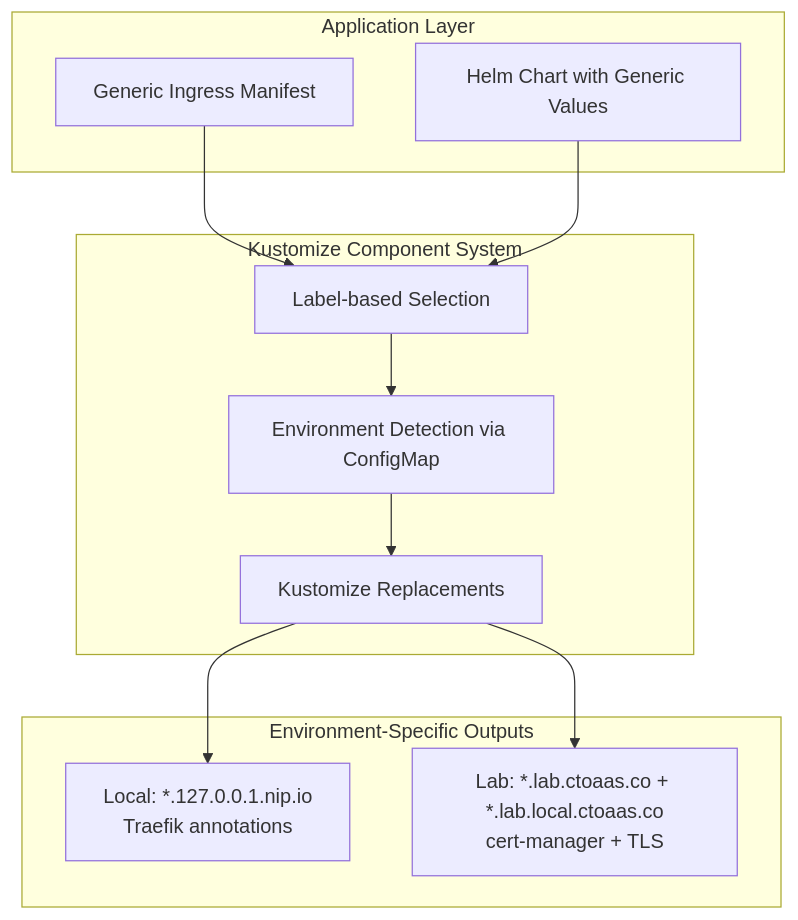
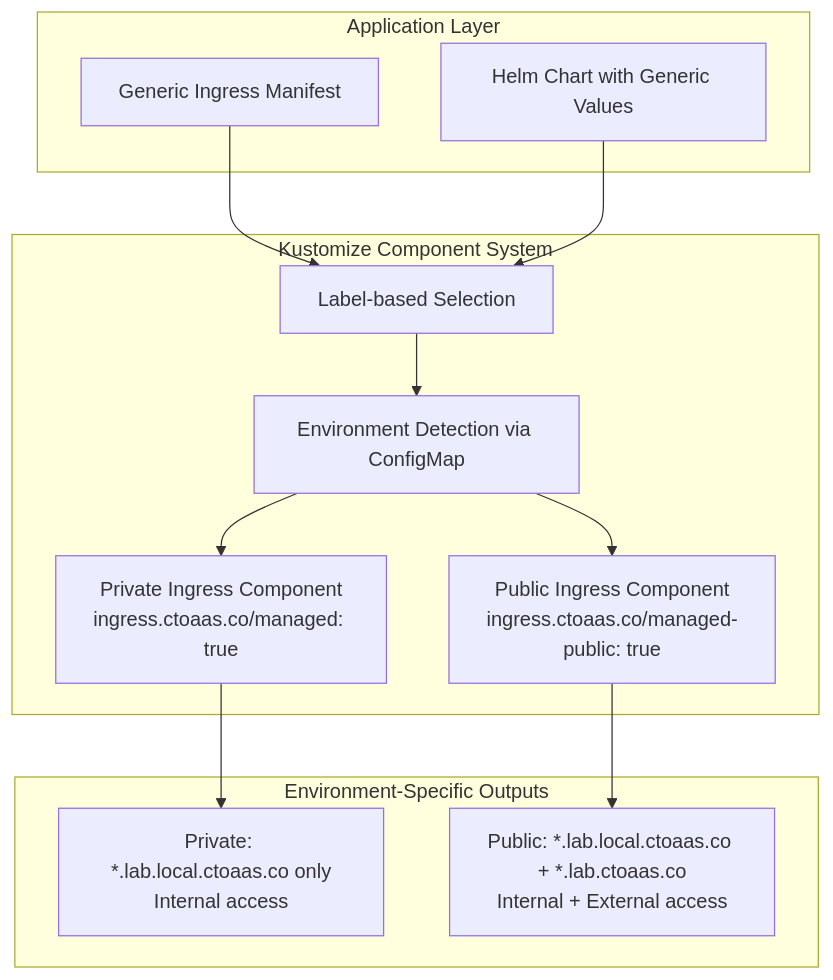
The diagram in .kiro/specs/ingress-management/design.md (craigedmunds/eda-mesh), drawn with Mermaid before and after one commit. The commit also changed other lines of this file and 6 other files, not shown here.

Commit message:
Added new requirements for public ingress

````diff
--- a/.kiro/specs/ingress-management/design.md
+++ b/.kiro/specs/ingress-management/design.md
@@ -11,25 +11,27 @@
 ```mermaid
 graph TB
     subgraph "Application Layer"
         A[Generic Ingress Manifest]
         B[Helm Chart with Generic Values]
     end
     
     subgraph "Kustomize Component System"
         C[Environment Detection via ConfigMap]
-        D[Kustomize Replacements]
-        E[Label-based Selection]
+        D[Private Ingress Component<br/>ingress.ctoaas.co/managed: true]
+        E[Public Ingress Component<br/>ingress.ctoaas.co/managed-public: true]
+        F[Label-based Selection]
     end
     
     subgraph "Environment-Specific Outputs"
-        F[Local: *.127.0.0.1.nip.io<br/>Traefik annotations]
-        G[Lab: *.lab.ctoaas.co + *.lab.local.ctoaas.co<br/>cert-manager + TLS]
+        G[Private: *.lab.local.ctoaas.co only<br/>Internal access]
+        H[Public: *.lab.local.ctoaas.co + *.lab.ctoaas.co<br/>Internal + External access]
     end
     
-    A --> E
-    B --> E
-    E --> C
+    A --> F
+    B --> F
+    F --> C
     C --> D
-    D --> F
+    C --> E
     D --> G
+    E --> H
 ```
````
